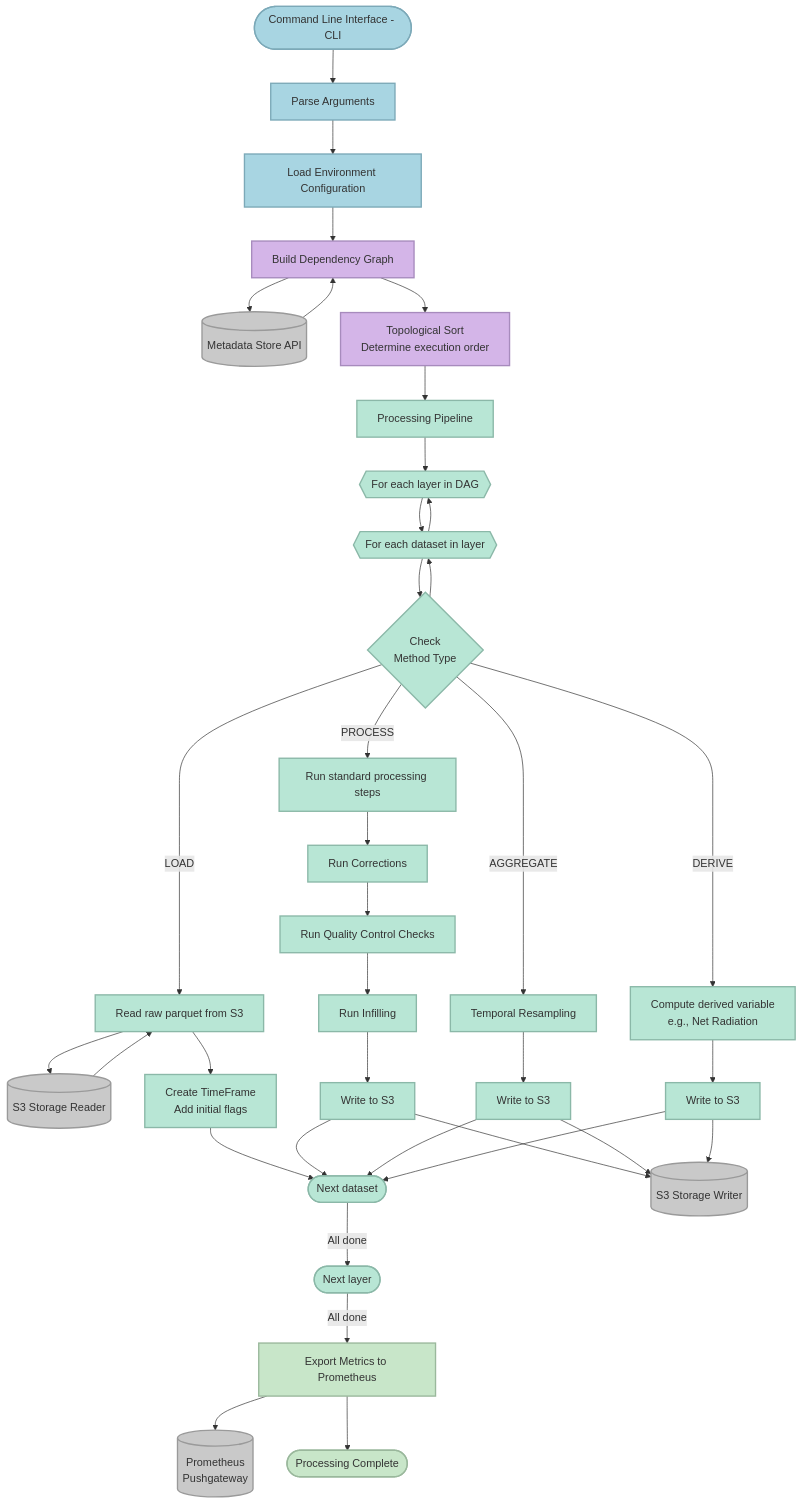
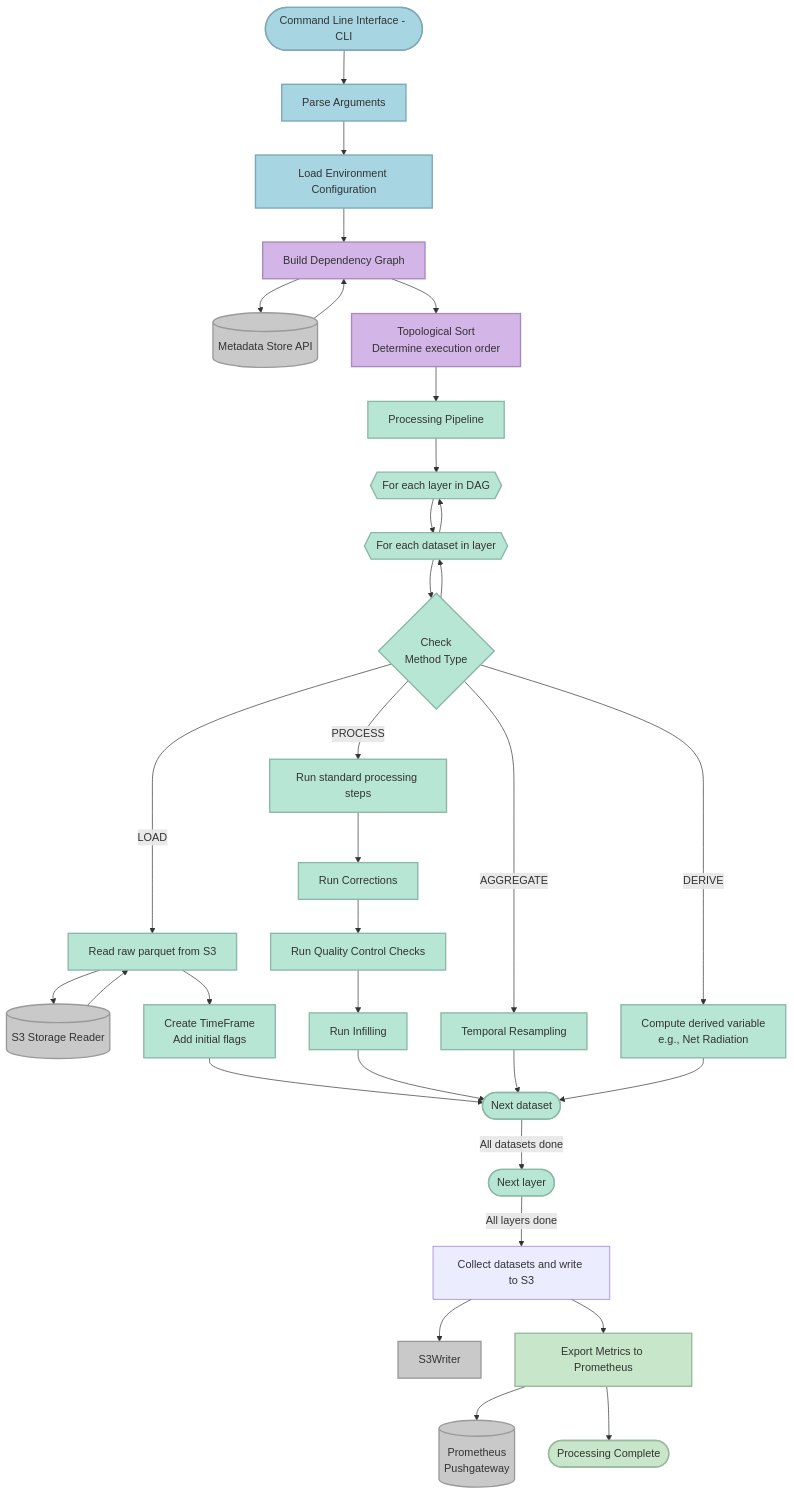
The first of 2 diagrams in docs/architecture.md (NERC-CEH/dri-timeseries-processor), drawn with Mermaid before and after one commit. The commit also changed other lines of this file, not shown here.

Commit message:
Add info on saving strategy to docs

````diff
--- a/docs/architecture.md
+++ b/docs/architecture.md
@@ -9,61 +9,57 @@
 ```mermaid
 flowchart TD
 Start([Command Line Interface - CLI]) --> Parse[Parse Arguments]
 Parse --> LoadConfig[Load Environment Configuration]
 
 LoadConfig --> BuildDAG[Build Dependency Graph]
 BuildDAG --> MetaAPI[(Metadata Store API)]
 MetaAPI --> BuildDAG
 BuildDAG --> TopoSort[Topological Sort<br/>Determine execution order]
 
 TopoSort --> Pipeline[Processing Pipeline]
 Pipeline --> StartLayer{{For each layer in DAG}}
 StartLayer --> StartProc{{For each dataset in layer}}
 StartProc --> StartLayer
 
 StartProc --> CheckMethod{Check<br/>Method Type}
 CheckMethod --> StartProc
 
 CheckMethod -->|LOAD| LoadRaw[Read raw parquet from S3]
 LoadRaw --> S3Reader[(S3 Storage Reader)]
 S3Reader --> LoadRaw
 LoadRaw --> CreateTF[Create TimeFrame<br/>Add initial flags]
 CreateTF --> NextDataset
 
 CheckMethod -->|PROCESS| Process[Run standard processing steps]
 Process --> RunCorr[Run Corrections]
 RunCorr --> RunQC[Run Quality Control Checks]
 RunQC --> RunInfill[Run Infilling]
-RunInfill --> SaveProc[Write to S3]
-SaveProc --> S3Writer[(S3 Storage Writer)]
-SaveProc --> NextDataset
+RunInfill --> NextDataset
 
 CheckMethod -->|AGGREGATE| Resample[Temporal Resampling]
-Resample --> SaveAgg[Write to S3]
-SaveAgg --> S3Writer
-SaveAgg --> NextDataset
+Resample --> NextDataset
 
 CheckMethod -->|DERIVE| Compute[Compute derived variable<br/>e.g., Net Radiation]
-Compute --> SaveDeriv[Write to S3]
-SaveDeriv --> S3Writer
-SaveDeriv --> NextDataset
+Compute --> NextDataset
 
 NextDataset([Next dataset])
-NextDataset -->|All done| NextLayer
+NextDataset -->|All datasets done| NextLayer
 NextLayer([Next layer])
-NextLayer -->|All done| ExportMetrics[Export Metrics to Prometheus]
+NextLayer -->|All layers done| SaveDatasets[Collect datasets and write to S3]
+SaveDatasets --> S3Writer
+SaveDatasets --> ExportMetrics[Export Metrics to Prometheus]
 ExportMetrics --> PrometheusGW[(Prometheus<br/>Pushgateway)]
 ExportMetrics --> Done([Processing Complete])
 
 classDef setup fill:#A8D5E2,stroke:#7CA9B8,stroke-width:2px
 classDef orchestration fill:#D4B5E8,stroke:#A78BBD,stroke-width:2px
 classDef processing fill:#B8E6D5,stroke:#8BB8A8,stroke-width:2px
 classDef storage fill:#C9C9C9,stroke:#9A9A9A,stroke-width:2px
 classDef completion fill:#C8E6C9,stroke:#9AB89C,stroke-width:2px
 
 class Start,Parse,LoadConfig setup
 class BuildDAG,TopoSort, orchestration
 class Pipeline,CheckMethod,StartLayer,StartProc,LoadRaw,CreateTF,Process,RunCorr,RunQC,RunInfill,Resample,Compute,SaveProc,SaveAgg,SaveDeriv,NextDataset,NextLayer processing
 class MetaAPI,S3Reader,S3Writer,PrometheusGW storage
 class ExportMetrics,Done completion
 ```
````
